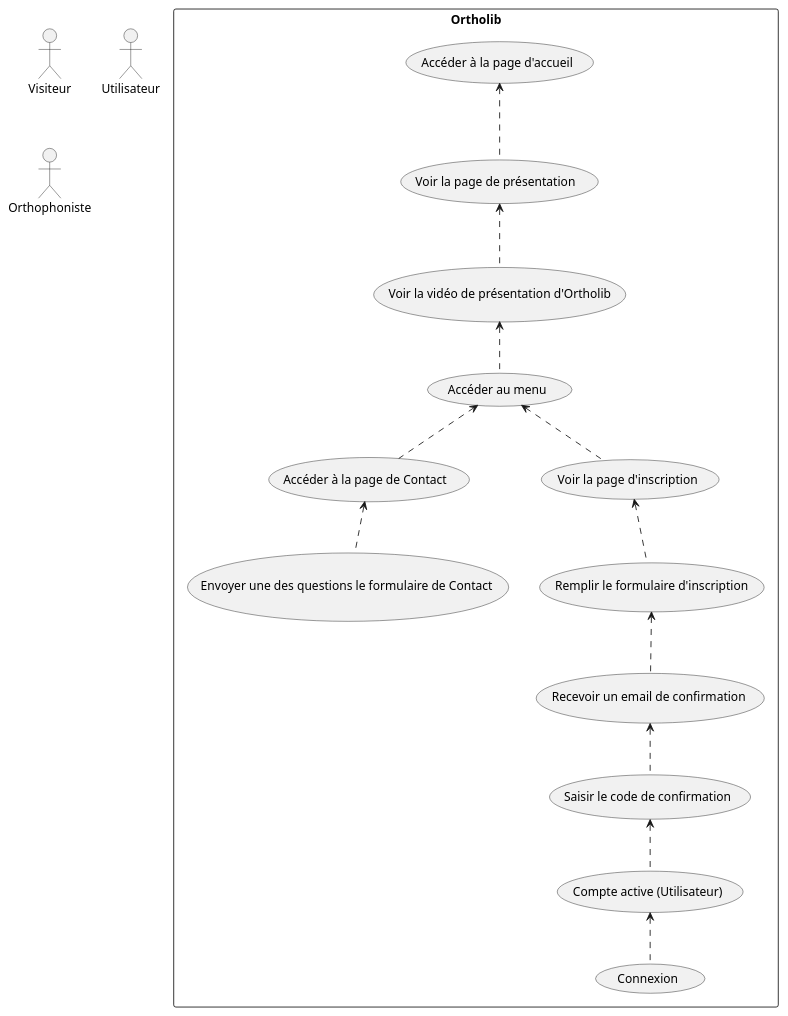
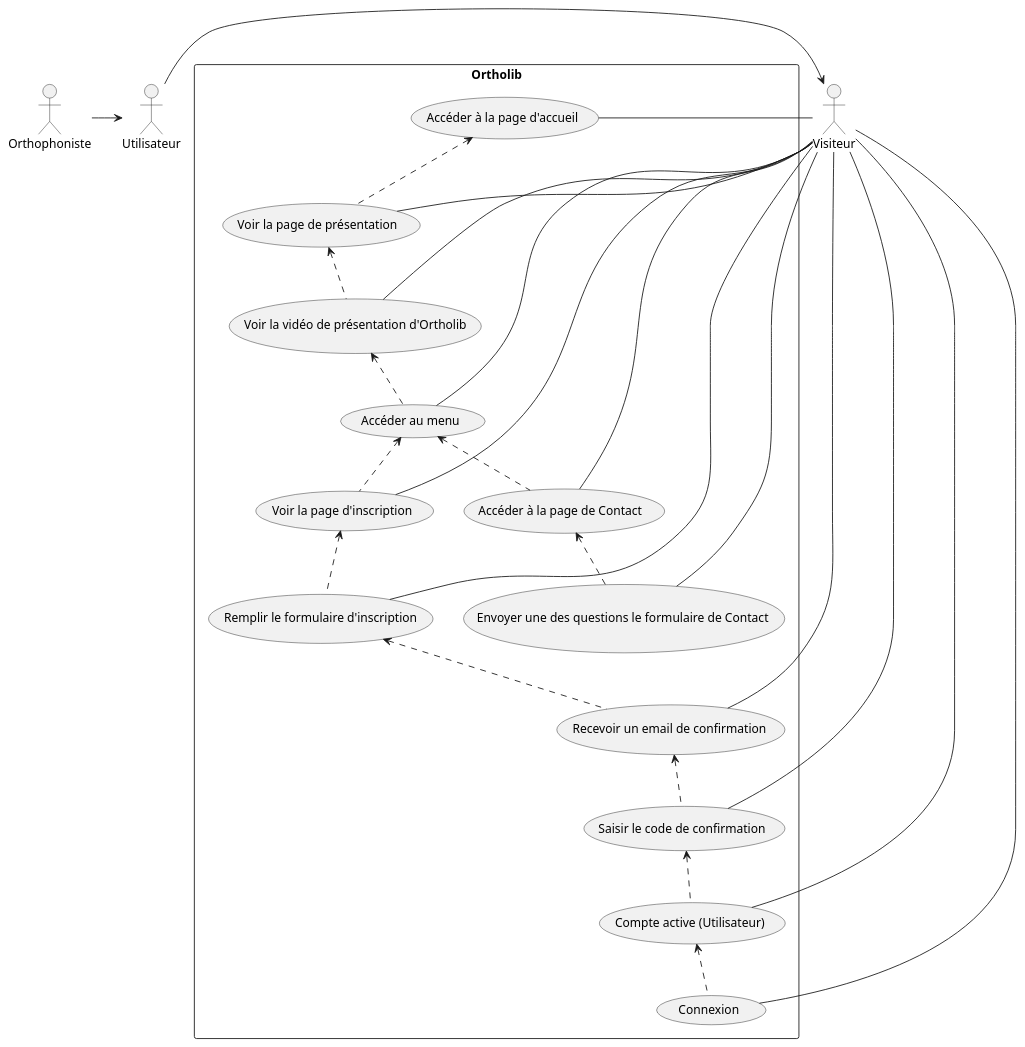
Before and after one commit to elamranibilel/Ortholib: the diagram in analyse/UML/Fonctionnel/visiteur.wsd, drawn with PlantUML.

Commit message:
visiteur

```diff
--- a/analyse/UML/Fonctionnel/visiteur.wsd
+++ b/analyse/UML/Fonctionnel/visiteur.wsd
@@ -1,37 +1,54 @@
 @startuml Application_visiteur
 
 actor Visiteur
 actor Utilisateur
 actor Orthophoniste
 
 rectangle Ortholib {
     usecase (Accéder à la page d'accueil) as accueil 
     usecase (Voir la page de présentation ) as Presentation
     usecase (Voir la vidéo de présentation d'Ortholib) as VideoPresentation
     usecase (Accéder au menu) as menu
     usecase (Accéder à la page de Contact ) as contact
     usecase (Envoyer une des questions le formulaire de Contact ) as questionContact 
     usecase (Voir la page d'inscription) as inscription
     usecase (Remplir le formulaire d'inscription) as formulaireInscription
     usecase (Recevoir un email de confirmation ) as emailConfirmation
     usecase (Saisir le code de confirmation) as codeConfirmation
     usecase "Compte active (Utilisateur)" as compteActive
     usecase (Connexion) as connexion
 }
 
+/' ACTOR -- ACTOR '/
+Orthophoniste -> Utilisateur
+Utilisateur -> Visiteur
+
+/' ACTOR -- USECASE'/
+Visiteur -- accueil
+Visiteur -- Presentation
+Visiteur -- VideoPresentation
+Visiteur -- menu
+Visiteur -- contact
+Visiteur -- questionContact
+Visiteur -- inscription
+Visiteur -- formulaireInscription
+Visiteur -- emailConfirmation
+Visiteur -- codeConfirmation
+Visiteur -- compteActive
+Visiteur -- connexion
 
 
 /' USECASE -- USECASE '/
 accueil <.. Presentation
 Presentation <.. VideoPresentation
 VideoPresentation <.. menu
 menu <.. contact
 contact <.. questionContact
 menu <.. inscription
 inscription <.. formulaireInscription
 formulaireInscription <.. emailConfirmation
 emailConfirmation <.. codeConfirmation
 codeConfirmation <.. compteActive
 compteActive <.. connexion
 
 @enduml
```
